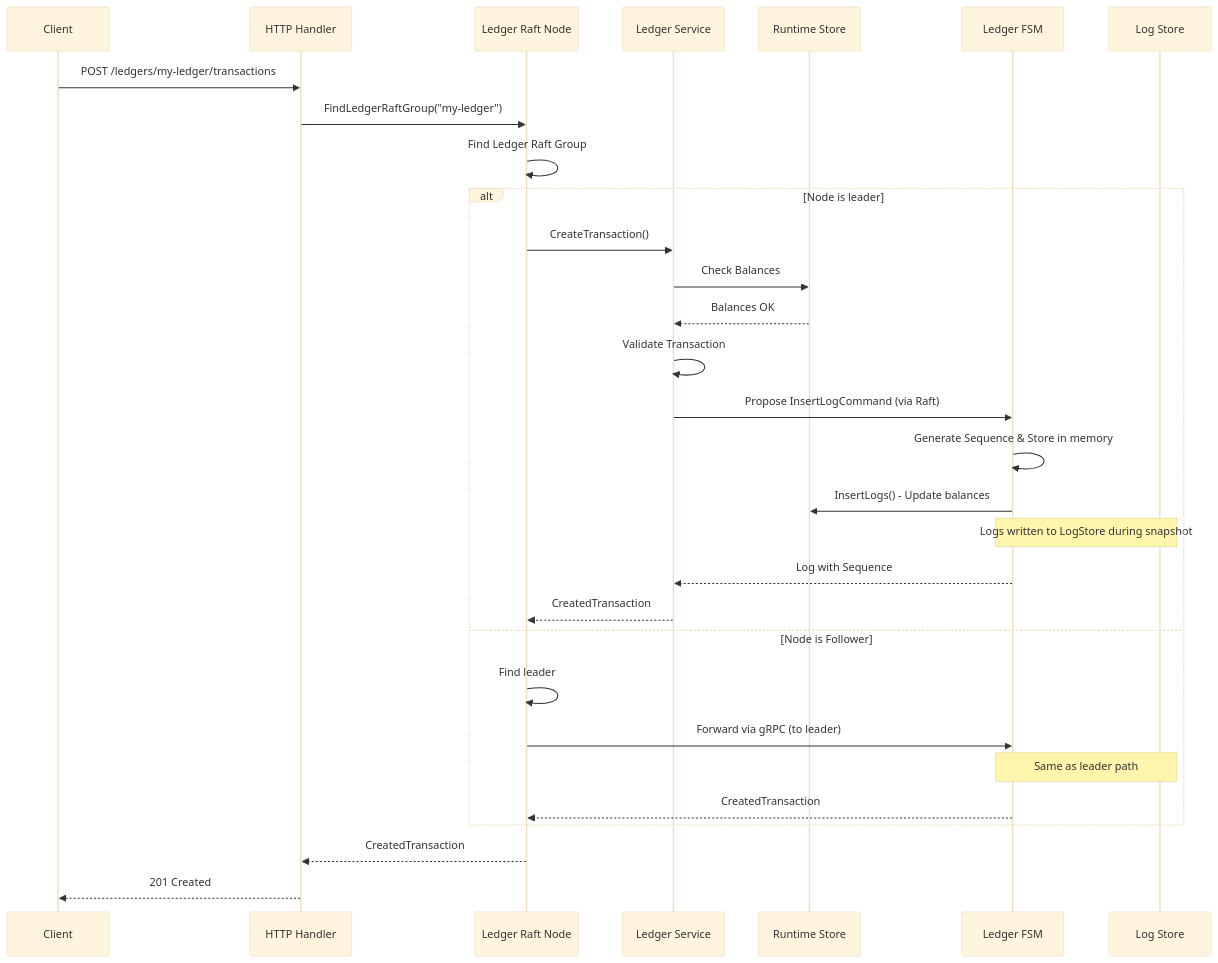
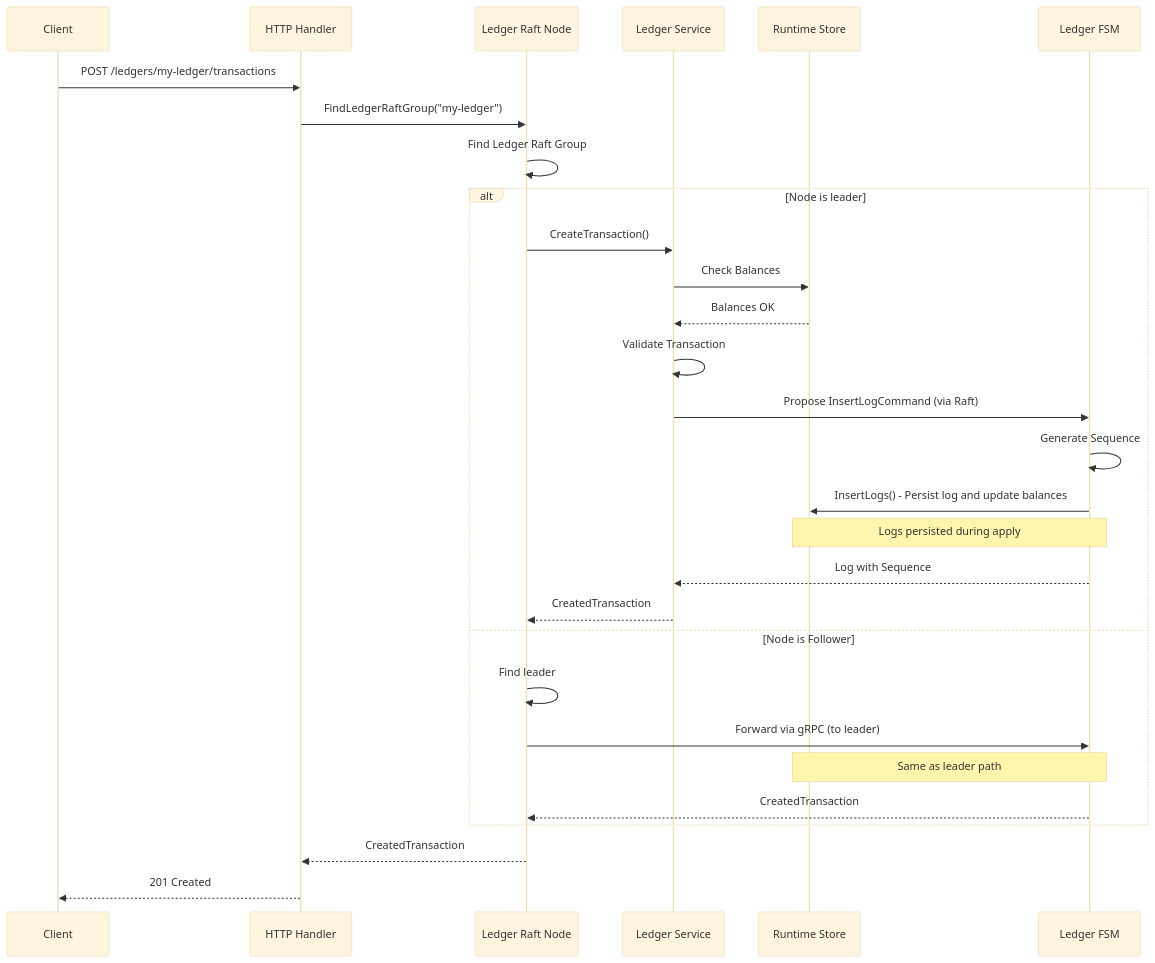
The second of 7 diagrams in docs/data-flows.md (formancehq/ledger), drawn with Mermaid (base theme) before and after one commit. The commit also changed other lines of this file and 66 other files, not shown here.

````diff
--- a/docs/data-flows.md
+++ b/docs/data-flows.md
@@ -86,35 +86,34 @@
 ```mermaid
 sequenceDiagram
     participant Client
     participant HTTP as HTTP Handler
     participant LedgerNode as Ledger Raft Node
     participant LedgerService as Ledger Service
     participant RuntimeStore as Runtime Store
     participant LedgerFSM as Ledger FSM
-    participant logstore as Log Store
     
     Client->>HTTP: POST /ledgers/my-ledger/transactions
     HTTP->>LedgerNode: FindLedgerRaftGroup("my-ledger")
     LedgerNode->>LedgerNode: Find Ledger Raft Group
     
     alt Node is leader
         LedgerNode->>LedgerService: CreateTransaction()
         LedgerService->>RuntimeStore: Check Balances
         RuntimeStore-->>LedgerService: Balances OK
         LedgerService->>LedgerService: Validate Transaction
         LedgerService->>LedgerFSM: Propose InsertLogCommand (via Raft)
-        LedgerFSM->>LedgerFSM: Generate Sequence & Store in memory
-        LedgerFSM->>RuntimeStore: InsertLogs() - Update balances
-        Note over LedgerFSM,logstore: Logs written to LogStore during snapshot
+        LedgerFSM->>LedgerFSM: Generate Sequence
+        LedgerFSM->>RuntimeStore: InsertLogs() - Persist log and update balances
+        Note over LedgerFSM,RuntimeStore: Logs persisted during apply
         LedgerFSM-->>LedgerService: Log with Sequence
         LedgerService-->>LedgerNode: CreatedTransaction
     else Node is Follower
         LedgerNode->>LedgerNode: Find leader
         LedgerNode->>LedgerFSM: Forward via gRPC (to leader)
-        Note over LedgerFSM,logstore: Same as leader path
+        Note over LedgerFSM,RuntimeStore: Same as leader path
         LedgerFSM-->>LedgerNode: CreatedTransaction
     end
     
     LedgerNode-->>HTTP: CreatedTransaction
     HTTP-->>Client: 201 Created
 ```
````
